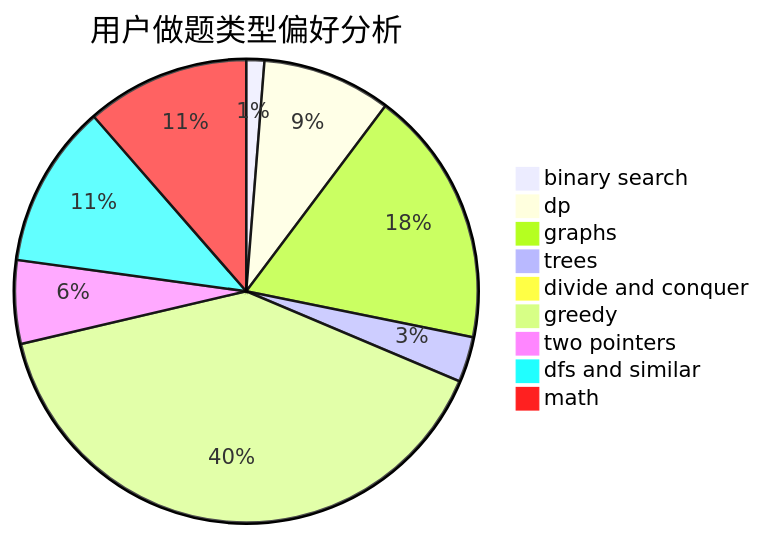
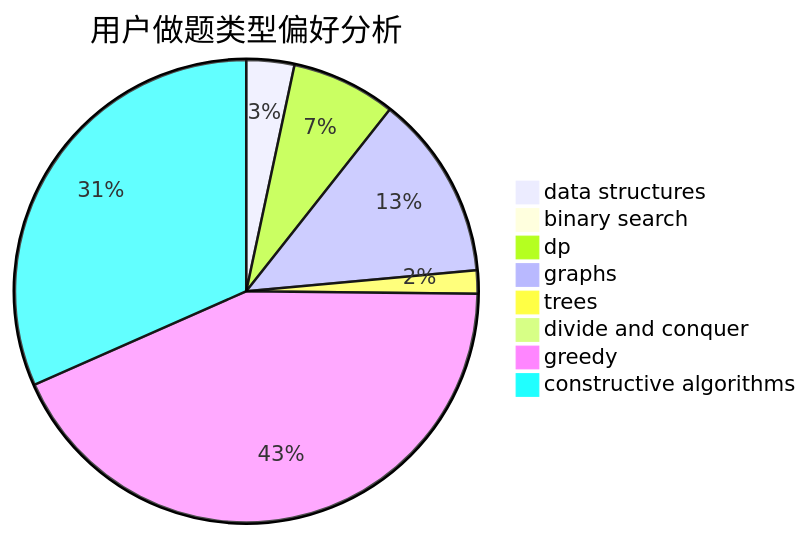
One commit to sherpahu/cfrs.github.io changed the second of 3 diagrams in docs/user/u1726.md. Above: the diagram before and after it, drawn with Mermaid. The commit also changed other lines of this file and 2775 other files, not shown here.

````diff
--- a/docs/user/u1726.md
+++ b/docs/user/u1726.md
@@ -23,12 +23,11 @@
 ```mermaid
 pie title 用户做题类型偏好分析
-    "binary search" :  27
-    "dp" :  193
-    "graphs" :  385
-    "trees" :  68
+    "data structures" :  56
+    "binary search" :  8
+    "dp" :  122
+    "graphs" :  216
+    "trees" :  27
     "divide and conquer" :  0
-    "greedy" :  858
-    "two pointers" :  125
-    "dfs and similar" :  245
-    "math" :  245
+    "greedy" :  723
+    "constructive algorithms" :  529
 ```
````
